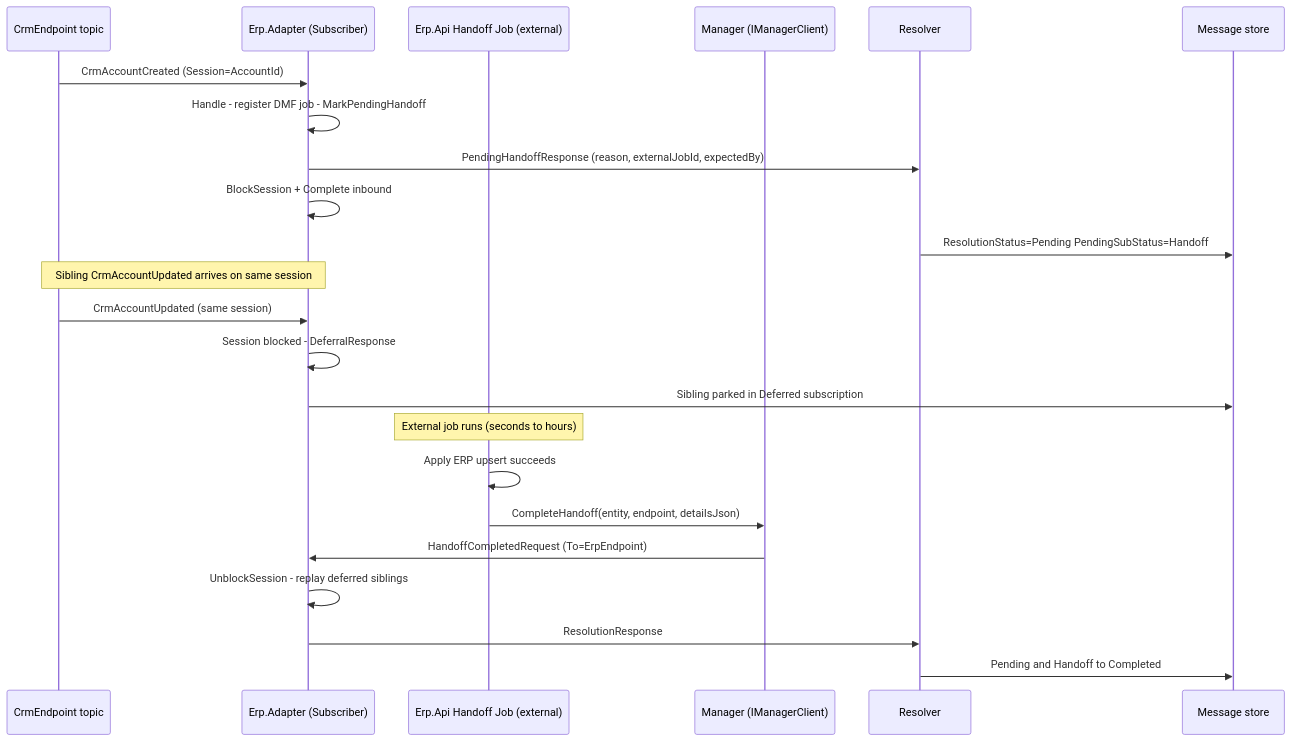
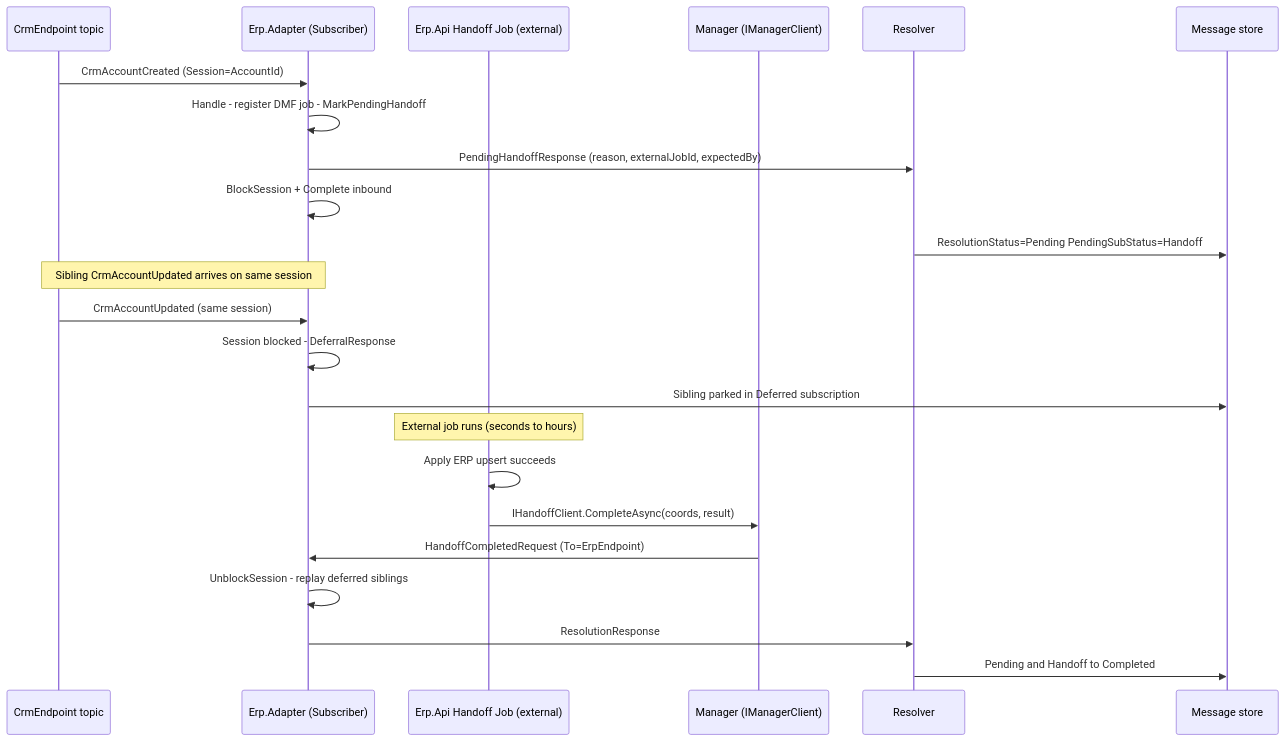
Before and after one commit to akakaule/NimBus: the first of 2 diagrams in docs/pending-handoff.md, drawn with Mermaid. The commit also changed other lines of this file and 6 other files, not shown here.

````diff
--- a/docs/pending-handoff.md
+++ b/docs/pending-handoff.md
@@ -43,28 +43,28 @@
 ```mermaid
 sequenceDiagram
     participant CRM as CrmEndpoint topic
     participant Sub as Erp.Adapter (Subscriber)
     participant DMF as Erp.Api Handoff Job (external)
     participant Mgr as Manager (IManagerClient)
     participant Res as Resolver
     participant DB as Message store
 
     CRM->>Sub: CrmAccountCreated (Session=AccountId)
     Sub->>Sub: Handle - register DMF job - MarkPendingHandoff
     Sub->>Res: PendingHandoffResponse (reason, externalJobId, expectedBy)
     Sub->>Sub: BlockSession + Complete inbound
     Res->>DB: ResolutionStatus=Pending PendingSubStatus=Handoff
 
     Note over CRM,Sub: Sibling CrmAccountUpdated arrives on same session
     CRM->>Sub: CrmAccountUpdated (same session)
     Sub->>Sub: Session blocked - DeferralResponse
     Sub->>DB: Sibling parked in Deferred subscription
 
     Note over DMF: External job runs (seconds to hours)
     DMF->>DMF: Apply ERP upsert succeeds
-    DMF->>Mgr: CompleteHandoff(entity, endpoint, detailsJson)
+    DMF->>Mgr: IHandoffClient.CompleteAsync(coords, result)
     Mgr->>Sub: HandoffCompletedRequest (To=ErpEndpoint)
     Sub->>Sub: UnblockSession - replay deferred siblings
     Sub->>Res: ResolutionResponse
     Res->>DB: Pending and Handoff to Completed
 ```
````
